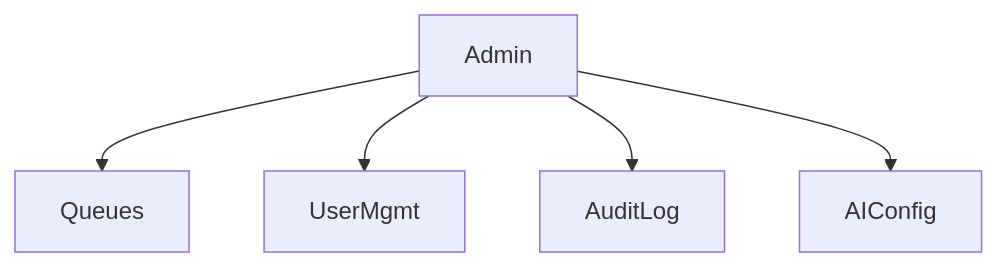
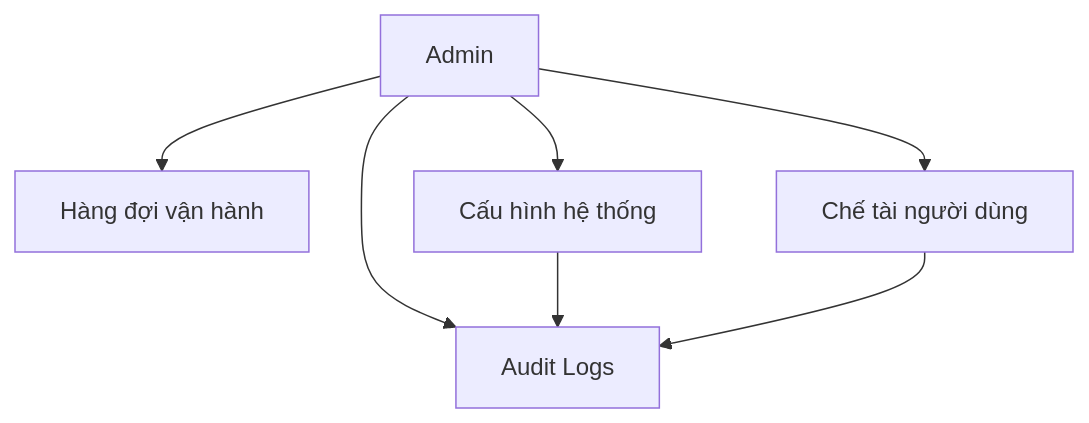
The diagram in 12-admin-governance/diagram.mmd (diemly26/volunteerPj_docs), drawn with Mermaid before and after one commit. The commit also changed 26 other files, not shown here.

```diff
--- a/12-admin-governance/diagram.mmd
+++ b/12-admin-governance/diagram.mmd
@@ -1,5 +1,7 @@
 flowchart TB
-  Admin --> Queues
-  Admin --> UserMgmt
-  Admin --> AuditLog
-  Admin --> AIConfig
+  Admin --> Queues[Hàng đợi vận hành]
+  Admin --> Sanctions[Chế tài người dùng]
+  Admin --> Config[Cấu hình hệ thống]
+  Admin --> Audit[Audit Logs]
+  Config --> Audit
+  Sanctions --> Audit
```
